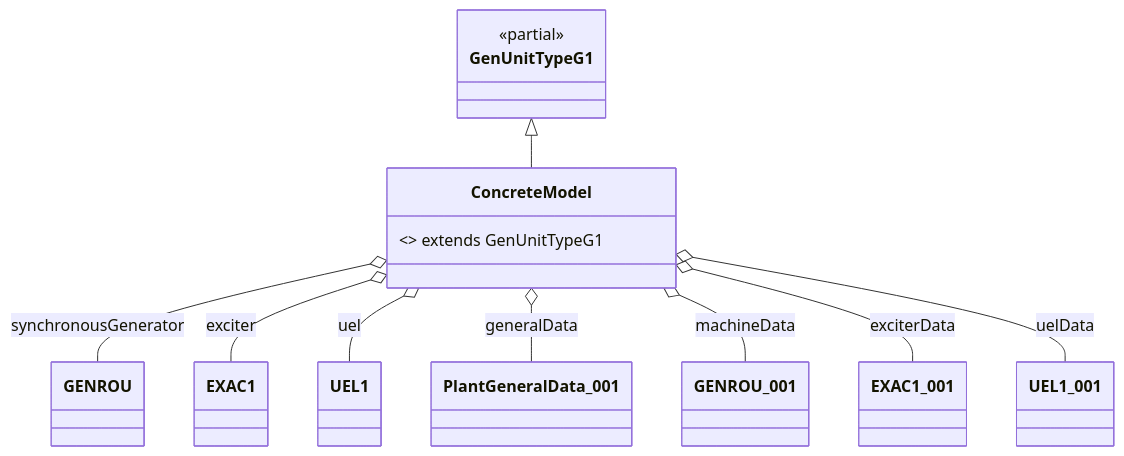
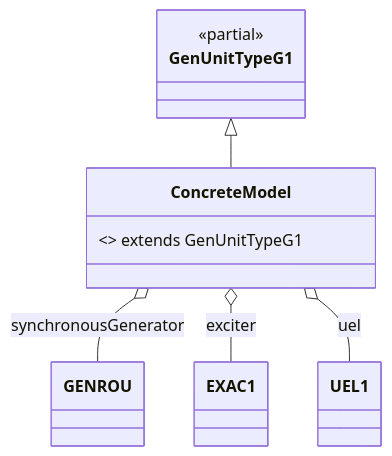
One commit to Opal-RT-Technologies/ephasorsim-modelica-library changed the second of 2 diagrams in modelica/OpalRT/docs/TypeG.md. Above: the diagram before and after it, drawn with Mermaid. The commit also changed other lines of this file and 56 other files, not shown here.

````diff
--- a/modelica/OpalRT/docs/TypeG.md
+++ b/modelica/OpalRT/docs/TypeG.md
@@ -76,21 +63,13 @@
 ```mermaid
 classDiagram
 class GenUnitTypeG1 { <<partial>> }
 class ConcreteModel { <<model>> extends GenUnitTypeG1 }
 class GENROU { }
 class EXAC1 { }
 class UEL1 { }
-class PlantGeneralData_001 { }
-class GENROU_001 { }
-class EXAC1_001 { }
-class UEL1_001 { }
 
 GenUnitTypeG1 <|-- ConcreteModel
 ConcreteModel o-- GENROU : synchronousGenerator
 ConcreteModel o-- EXAC1 : exciter
 ConcreteModel o-- UEL1 : uel
-ConcreteModel o-- PlantGeneralData_001 : generalData
-ConcreteModel o-- GENROU_001 : machineData
-ConcreteModel o-- EXAC1_001 : exciterData
-ConcreteModel o-- UEL1_001 : uelData
 ```
````
